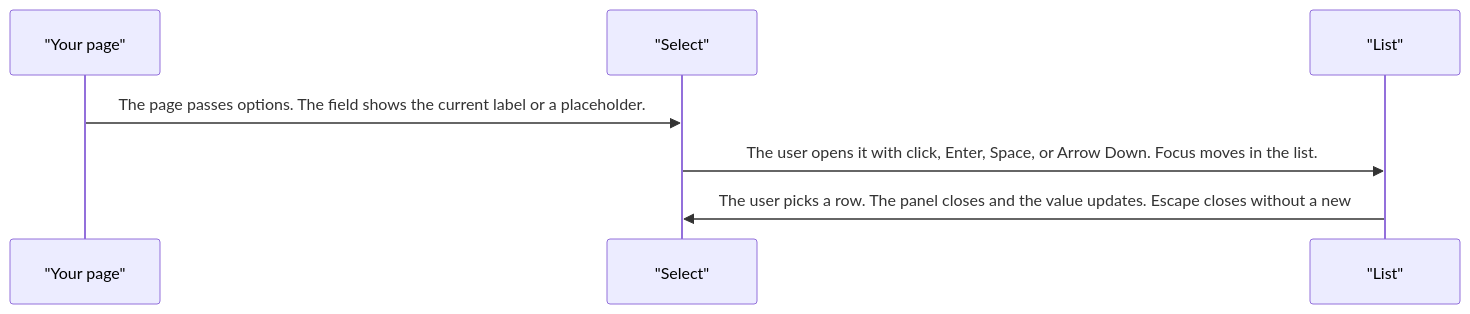
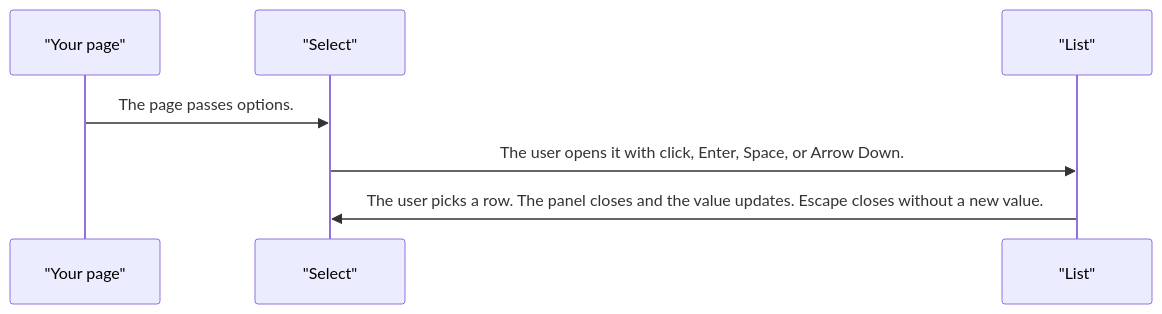
One commit to RajshekharBorate/pixel-ui changed the second of 5 diagrams in projects/pixel-ui/src/lib/pixel-select/DESIGN.md. Above: the diagram before and after it, drawn with Mermaid. The commit also changed other lines of this file and 80 other files, not shown here.

Commit message:
Fill missing design flows and correct the stories that did not match component behavior.

````diff
--- a/projects/pixel-ui/src/lib/pixel-select/DESIGN.md
+++ b/projects/pixel-ui/src/lib/pixel-select/DESIGN.md
@@ -66,9 +66,9 @@
 ```mermaid
 sequenceDiagram
   participant page as "Your page"
   participant select as "Select"
   participant list as "List"
-  page->>select: The page passes options. The field shows the current label or a placeholder.
-  select->>list: The user opens it with click, Enter, Space, or Arrow Down. Focus moves in the list.
-  list->>select: The user picks a row. The panel closes and the value updates. Escape closes without a new 
+  page->>select: The page passes options.
+  select->>list: The user opens it with click, Enter, Space, or Arrow Down.
+  list->>select: The user picks a row. The panel closes and the value updates. Escape closes without a new value.
 ```
````
